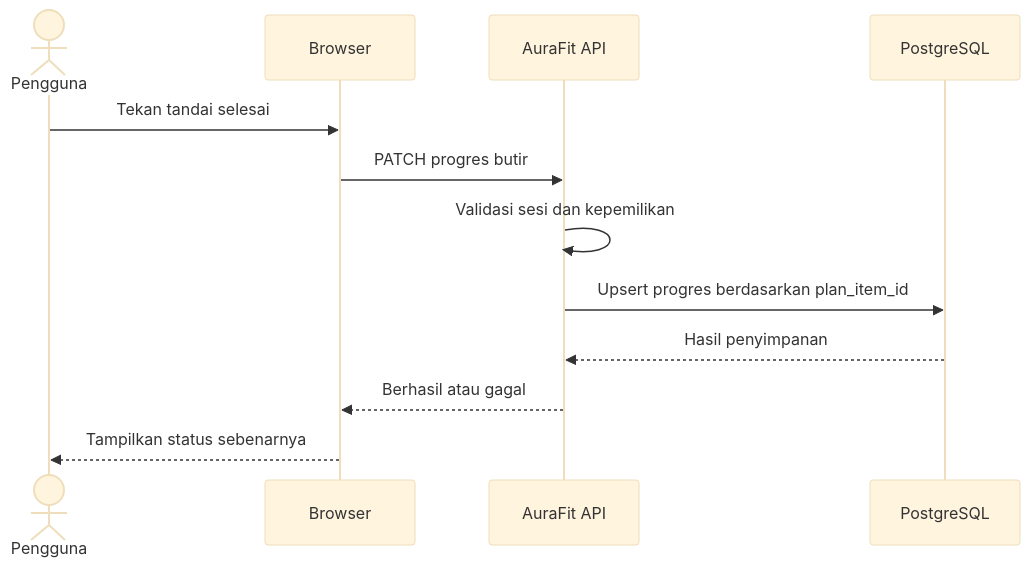
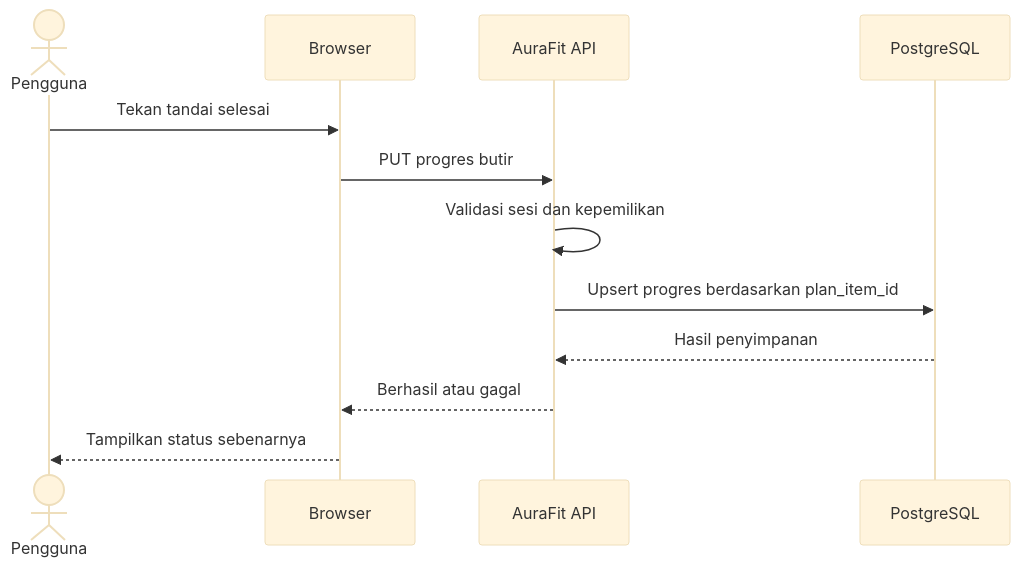
One commit to kapal-sonkah/AuraFit changed the fifth of 6 diagrams in docs/diagrams-aurafit.md. Above: the diagram before and after it, drawn with Mermaid (base theme). The commit also changed other lines of this file and 9 other files, not shown here.

````diff
--- a/docs/diagrams-aurafit.md
+++ b/docs/diagrams-aurafit.md
@@ -112,15 +121,15 @@
 ```mermaid
 sequenceDiagram
   actor U as Pengguna
   participant W as Browser
   participant A as AuraFit API
   participant D as PostgreSQL
 
   U->>W: Tekan tandai selesai
-  W->>A: PATCH progres butir
+  W->>A: PUT progres butir
   A->>A: Validasi sesi dan kepemilikan
   A->>D: Upsert progres berdasarkan plan_item_id
   D-->>A: Hasil penyimpanan
   A-->>W: Berhasil atau gagal
   W-->>U: Tampilkan status sebenarnya
 ```
````
